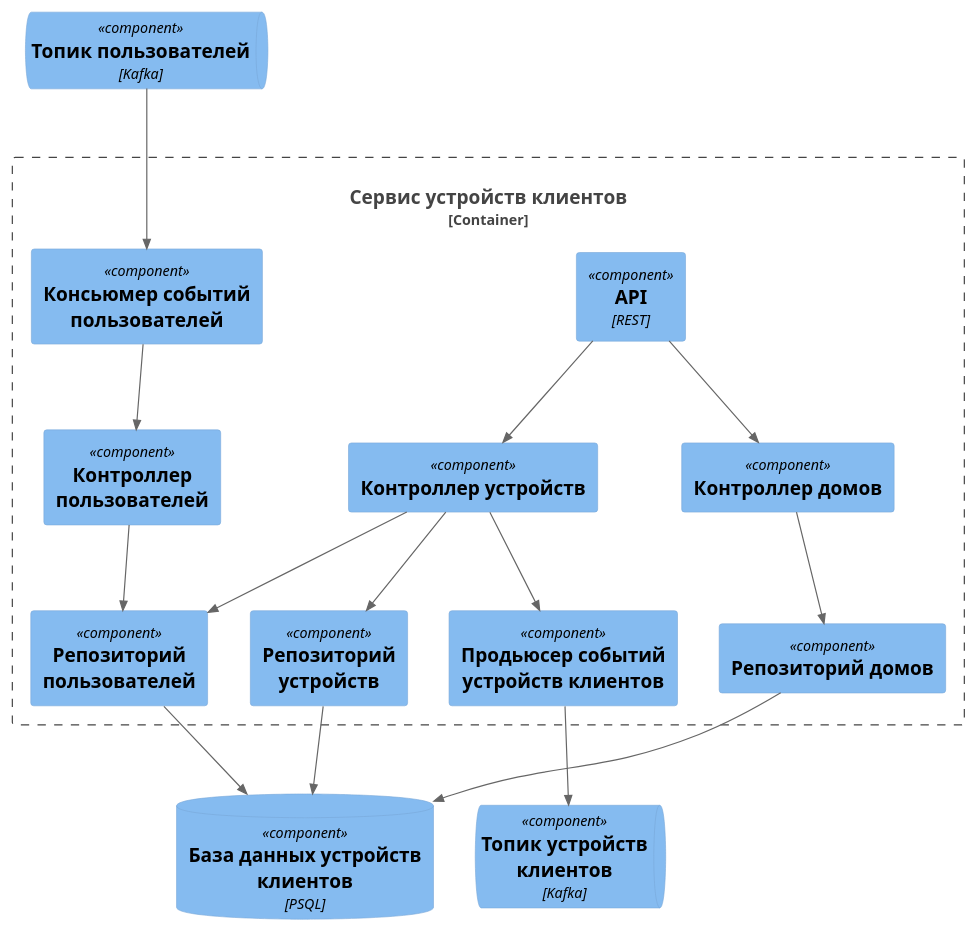
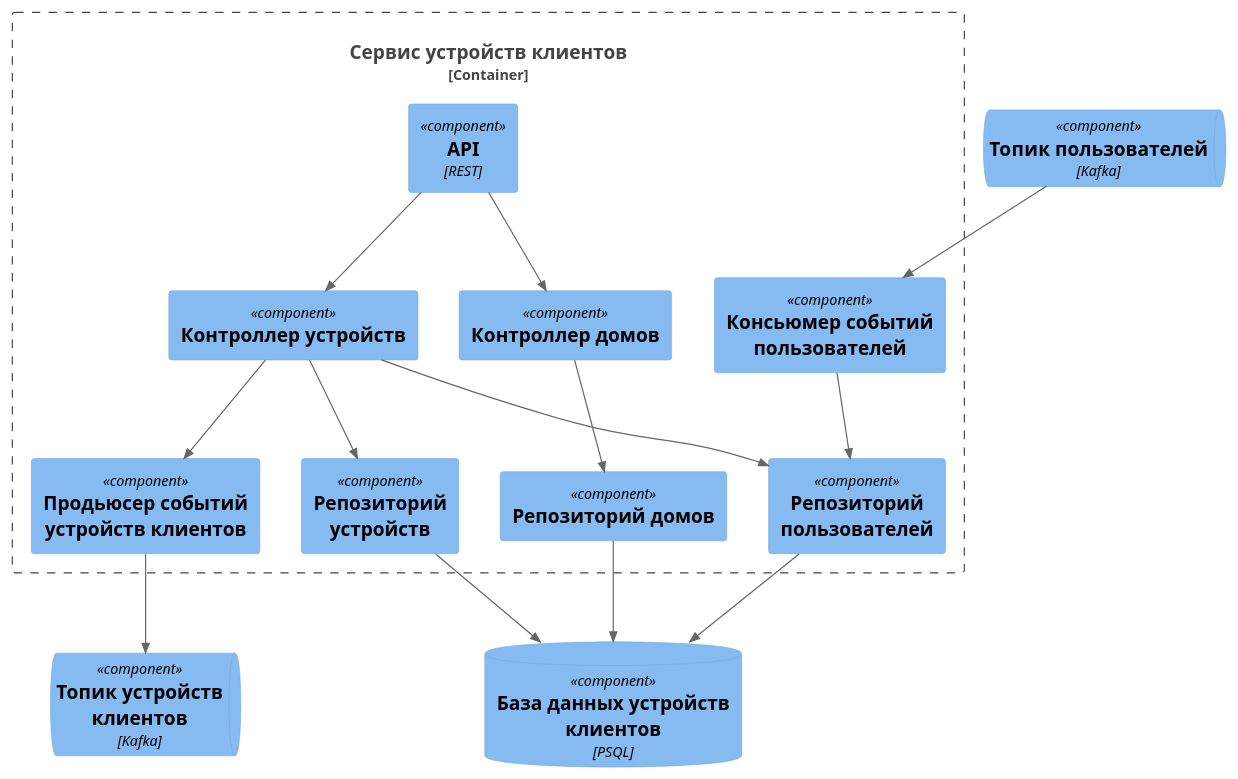
One commit to zemer/architecture-sprint-3 changed the diagram in diagrams/components/ClientsDevicesService.puml. Above: the diagram before and after it, drawn with PlantUML. The commit also changed 6 other files, not shown here.

Commit message:
Диаграммы

```diff
--- a/diagrams/components/ClientsDevicesService.puml
+++ b/diagrams/components/ClientsDevicesService.puml
@@ -1,41 +1,39 @@
 @startuml
 !include https://raw.githubusercontent.com/plantuml-stdlib/C4-PlantUML/master/C4_Component.puml
 
 Container_Boundary(client_devices_container, "Сервис устройств клиентов"){
   Component(api, "API", "REST")
 
-  Component(users_controller, "Контроллер пользователей", "")
   Component(houses_controller, "Контроллер домов", "")
   Component(devices_controller, "Контроллер устройств", "")
 
   Component(users_repository, "Репозиторий пользователей", "")
   Component(devices_repository, "Репозиторий устройств", "")
   Component(houses_repository, "Репозиторий домов", "")
   
   Component(users_consumer, "Консьюмер событий пользователей", "")
   Component(kafka_producer, "Продьюсер событий устройств клиентов", "")
 }
 
 ComponentDb(devices_db, "База данных устройств клиентов", "PSQL")
 
 ComponentQueue(users_queue, "Топик пользователей", "Kafka")
 ComponentQueue(devices_queue, "Топик устройств клиентов", "Kafka")
 
 Rel(api, houses_controller, "")
 Rel(api, devices_controller, "")
 
 Rel(kafka_producer, devices_queue, "")
 Rel(users_queue, users_consumer, "")
 Rel(devices_controller, kafka_producer, "")
 
-Rel(users_consumer, users_controller, "")
-Rel(users_controller, users_repository, "")
+Rel(users_consumer, users_repository, "")
 Rel(devices_controller, users_repository, "")
 Rel(devices_controller, devices_repository, "")
 Rel(houses_controller, houses_repository, "")
 
 Rel(users_repository, devices_db, "")
 Rel(houses_repository, devices_db, "")
 Rel(devices_repository, devices_db, "")
 
 @enduml
```
